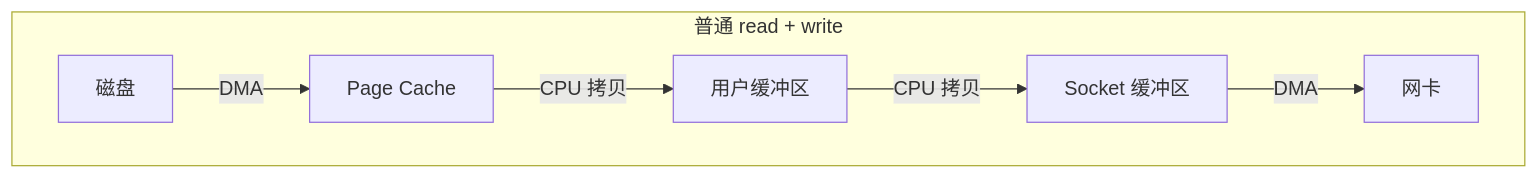
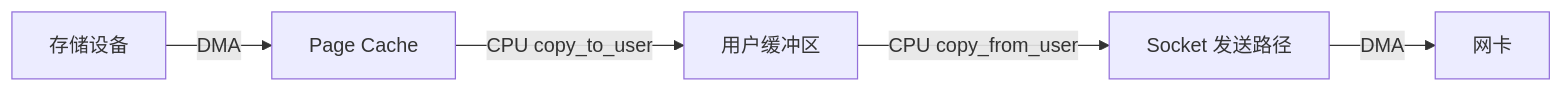
One commit to Fizgrad/fizgrad.github.io changed diagram 16 of 36 in blog/os_review.md. Above: the diagram before and after it, drawn with Mermaid. The commit also changed other lines of this file and 1 other file, not shown here.

````diff
--- a/blog/os_review.md
+++ b/blog/os_review.md
@@ -3312,9 +3404,7 @@
 ```mermaid
-flowchart TD
-    subgraph N["普通 read + write"]
-        N1["磁盘"] -->|"DMA"| N2["Page Cache"]
-        N2 -->|"CPU 拷贝"| N3["用户缓冲区"]
-        N3 -->|"CPU 拷贝"| N4["Socket 缓冲区"]
-        N4 -->|"DMA"| N5["网卡"]
-    end
+flowchart LR
+    D["存储设备"] -->|"DMA"| P["Page Cache"]
+    P -->|"CPU copy_to_user"| U["用户缓冲区"]
+    U -->|"CPU copy_from_user"| S["Socket 发送路径"]
+    S -->|"DMA"| N["网卡"]
 ```
````
